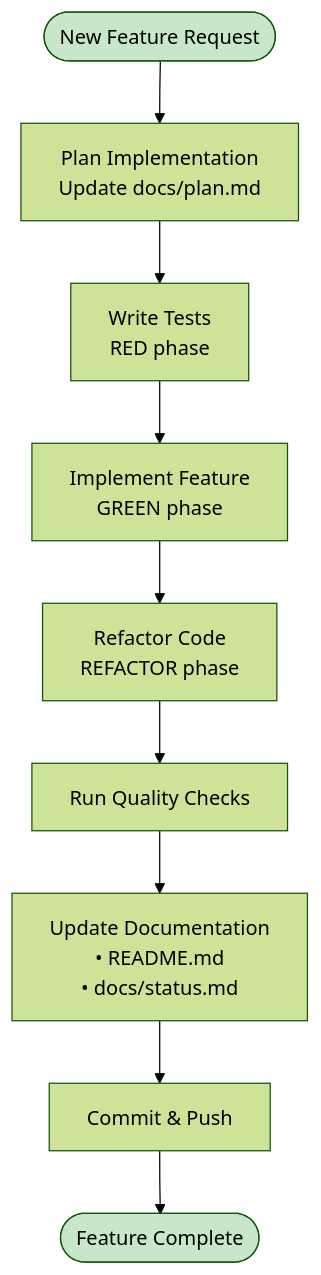
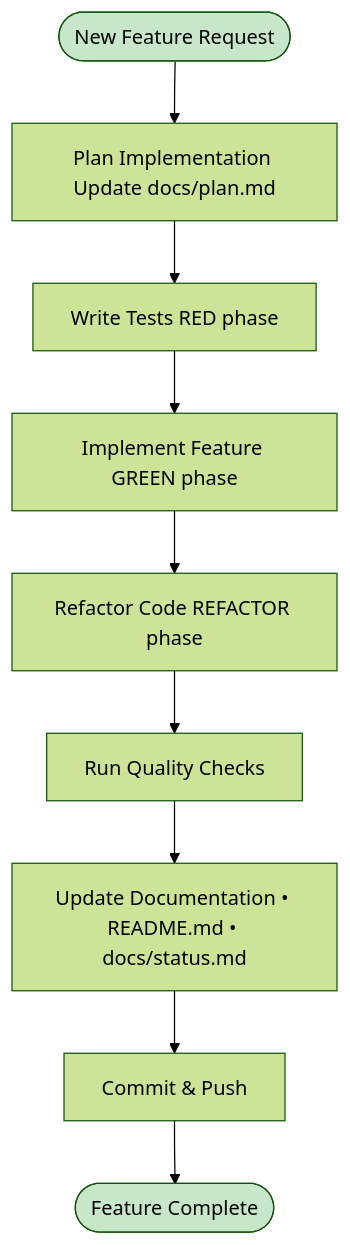
Before and after one commit to softwarewrighter/ui-test-rs: diagram 12 of 15 in wiki/Development-Guide.md, drawn with Mermaid (forest theme). The commit also changed other lines of this file and 10 other files, not shown here.

First line of the commit message:
Fix wiki Mermaid diagrams: remove <br/> tags

````diff
--- a/wiki/Development-Guide.md
+++ b/wiki/Development-Guide.md
@@ -440,24 +440,24 @@
 ```mermaid
 flowchart TB
     Start([New Feature Request])
-    Plan[Plan Implementation<br/>Update docs/plan.md]
-    Test[Write Tests<br/>RED phase]
-    Implement[Implement Feature<br/>GREEN phase]
-    Refactor[Refactor Code<br/>REFACTOR phase]
+    Plan[Plan Implementation Update docs/plan.md]
+    Test[Write Tests RED phase]
+    Implement[Implement Feature GREEN phase]
+    Refactor[Refactor Code REFACTOR phase]
     Quality[Run Quality Checks]
-    UpdateDocs[Update Documentation<br/>• README.md<br/>• docs/status.md]
+    UpdateDocs[Update Documentation • README.md • docs/status.md]
     Commit[Commit & Push]
     Done([Feature Complete])
 
     Start --> Plan
     Plan --> Test
     Test --> Implement
     Implement --> Refactor
     Refactor --> Quality
     Quality --> UpdateDocs
     UpdateDocs --> Commit
     Commit --> Done
 
     style Start fill:#c8e6c9
     style Done fill:#c8e6c9
 ```
````
